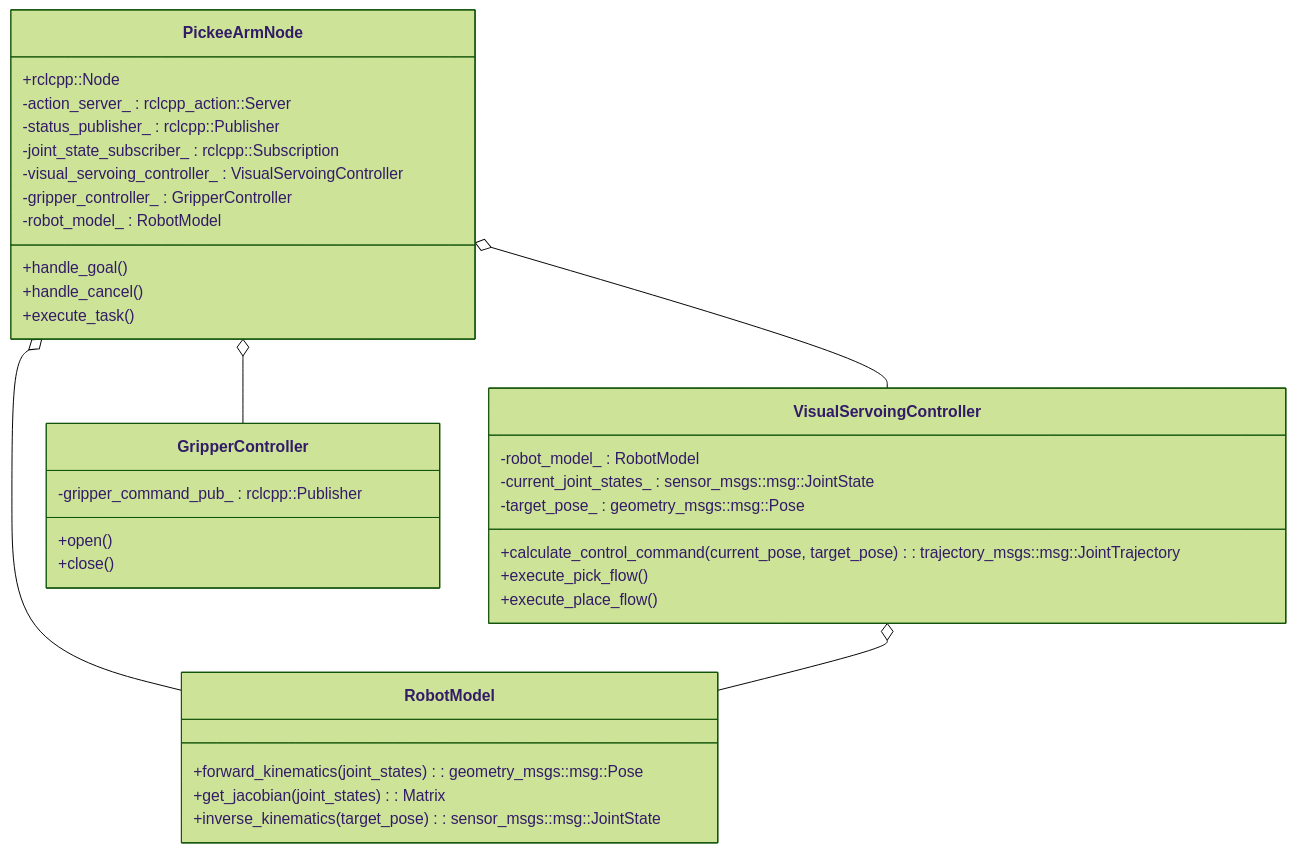
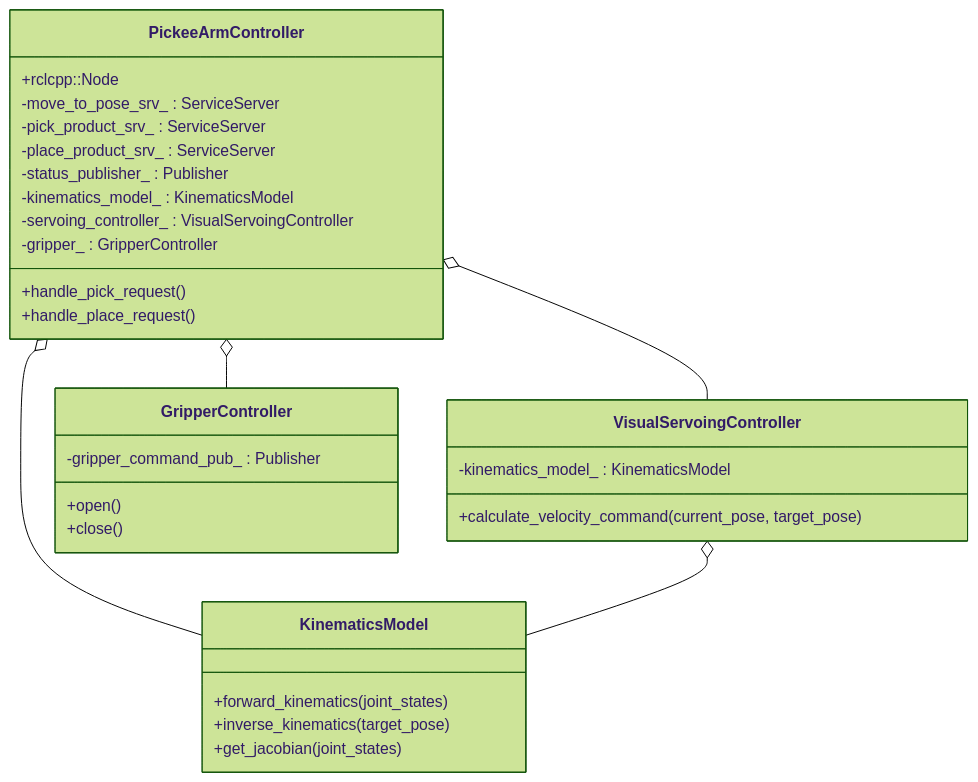
The second of 3 diagrams in docs/DevelopmentPlan/PickeeArm/PickeeArmDesign.md (addinedu-roscamp-7th/roscamp-repo-1), drawn with Mermaid (forest theme) before and after one commit. The commit also changed other lines of this file and 1 other file, not shown here.

Commit message:
[PickeeArm]구현과 상세설계 md파일 수정

````diff
--- a/docs/DevelopmentPlan/PickeeArm/PickeeArmDesign.md
+++ b/docs/DevelopmentPlan/PickeeArm/PickeeArmDesign.md
@@ -40,41 +40,37 @@
 ```mermaid
 classDiagram
-    class PickeeArmNode {
+    class PickeeArmController {
         +rclcpp::Node
-        -action_server_ : rclcpp_action::Server
-        -status_publisher_ : rclcpp::Publisher
-        -joint_state_subscriber_ : rclcpp::Subscription
-        -visual_servoing_controller_ : VisualServoingController
-        -gripper_controller_ : GripperController
-        -robot_model_ : RobotModel
-        +handle_goal()
-        +handle_cancel()
-        +execute_task()
+        -move_to_pose_srv_ : ServiceServer
+        -pick_product_srv_ : ServiceServer
+        -place_product_srv_ : ServiceServer
+        -status_publisher_ : Publisher
+        -kinematics_model_ : KinematicsModel
+        -servoing_controller_ : VisualServoingController
+        -gripper_ : GripperController
+        +handle_pick_request()
+        +handle_place_request()
     }
 
     class VisualServoingController {
-        -robot_model_ : RobotModel
-        -current_joint_states_ : sensor_msgs::msg::JointState
-        -target_pose_ : geometry_msgs::msg::Pose
-        +calculate_control_command(current_pose, target_pose) : trajectory_msgs::msg::JointTrajectory
-        +execute_pick_flow()
-        +execute_place_flow()
+        -kinematics_model_ : KinematicsModel
+        +calculate_velocity_command(current_pose, target_pose)
     }
 
     class GripperController {
-        -gripper_command_pub_ : rclcpp::Publisher
+        -gripper_command_pub_ : Publisher
         +open()
         +close()
     }
 
-    class RobotModel {
-        +forward_kinematics(joint_states) : geometry_msgs::msg::Pose
-        +get_jacobian(joint_states) : Matrix
-        +inverse_kinematics(target_pose) : sensor_msgs::msg::JointState
+    class KinematicsModel {
+        +forward_kinematics(joint_states)
+        +inverse_kinematics(target_pose)
+        +get_jacobian(joint_states)
     }
 
-    PickeeArmNode o-- VisualServoingController
-    PickeeArmNode o-- GripperController
-    PickeeArmNode o-- RobotModel
-    VisualServoingController o-- RobotModel
+    PickeeArmController o-- VisualServoingController
+    PickeeArmController o-- GripperController
+    PickeeArmController o-- KinematicsModel
+    VisualServoingController o-- KinematicsModel
 ```
````
